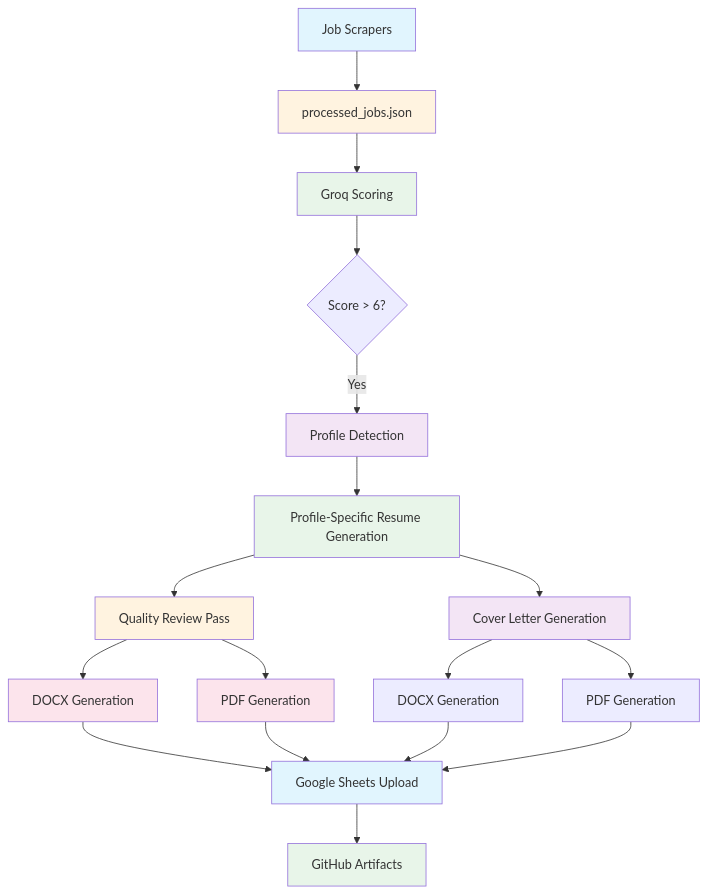
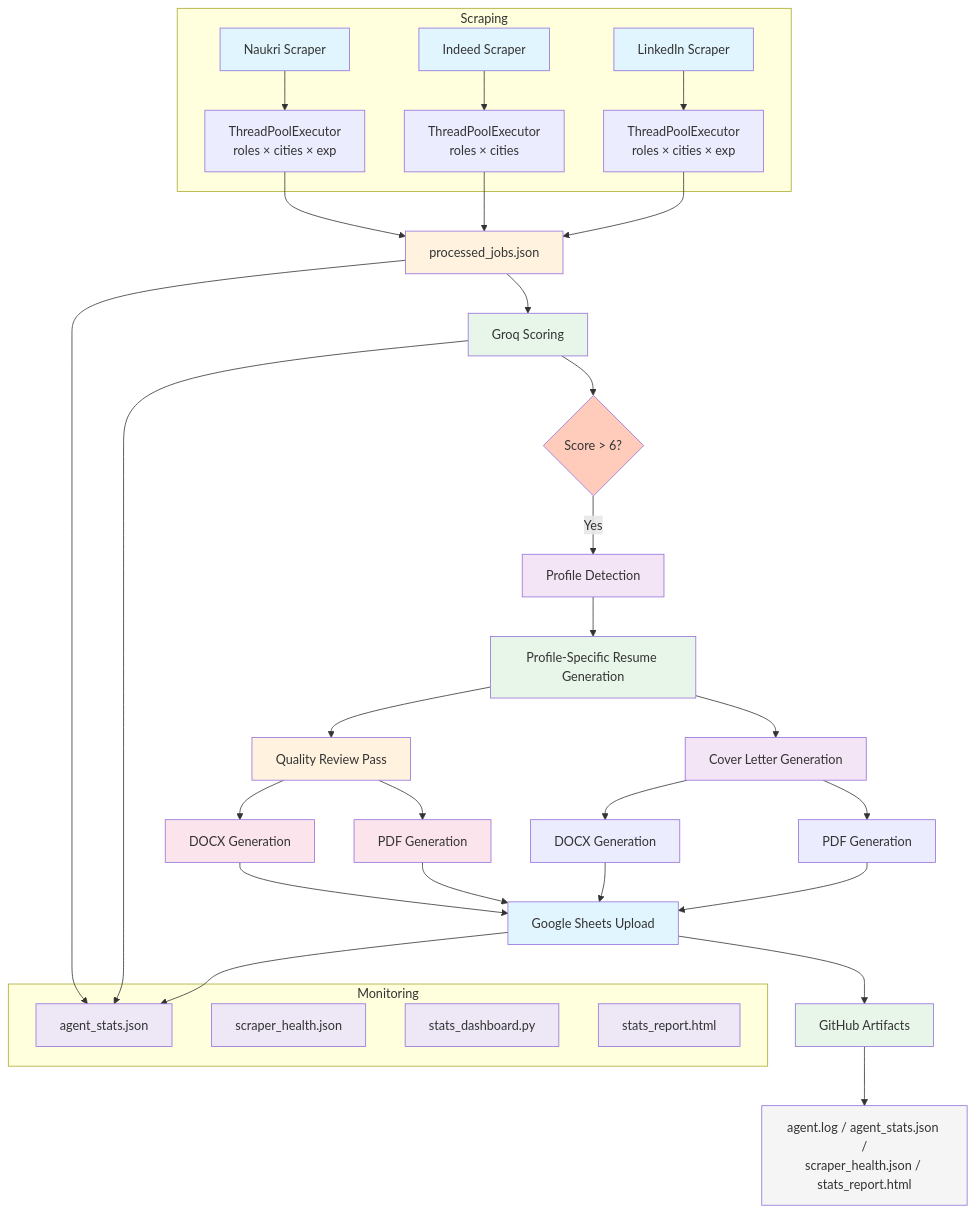
Before and after one commit to heenakausher/AI-Jobs-Agent: the diagram in README.md, drawn with Mermaid. The commit also changed other lines of this file and 9 other files, not shown here.

````diff
--- a/README.md
+++ b/README.md
@@ -29,31 +34,61 @@
 ```mermaid
 flowchart TD
-    A[Job Scrapers] --> B[processed_jobs.json]
-    B --> C[Groq Scoring]
-    C --> D{Score > 6?}
-    D -->|Yes| E[Profile Detection]
-    E --> F[Profile-Specific Resume Generation]
-    F --> G[Quality Review Pass]
-    G --> H[DOCX Generation]
-    G --> I[PDF Generation]
-    F --> J[Cover Letter Generation]
-    J --> K[DOCX Generation]
-    J --> L[PDF Generation]
-    H --> M[Google Sheets Upload]
-    I --> M
-    K --> M
-    L --> M
-    M --> N[GitHub Artifacts]
-    
-    style A fill:#e1f5fe
-    style B fill:#fff3e0
-    style C fill:#e8f5e9
-    style E fill:#f3e5f5
-    style F fill:#e8f5e9
-    style G fill:#fff3e0
-    style H fill:#fce4ec
-    style I fill:#fce4ec
-    style J fill:#f3e5f5
-    style M fill:#e1f5fe
-    style N fill:#e8f5e9
+    subgraph Scraping
+        A1[Naukri Scraper] --> A2[ThreadPoolExecutor<br/>roles × cities × exp]
+        B1[Indeed Scraper] --> B2[ThreadPoolExecutor<br/>roles × cities]
+        C1[LinkedIn Scraper] --> C2[ThreadPoolExecutor<br/>roles × cities × exp]
+    end
+
+    A2 --> D[processed_jobs.json]
+    B2 --> D
+    C2 --> D
+
+    D --> E[Groq Scoring]
+    E --> F{Score > 6?}
+    F -->|Yes| G[Profile Detection]
+    G --> H[Profile-Specific Resume Generation]
+    H --> I[Quality Review Pass]
+    I --> J[DOCX Generation]
+    I --> K[PDF Generation]
+    H --> L[Cover Letter Generation]
+    L --> M[DOCX Generation]
+    L --> N[PDF Generation]
+    J --> O[Google Sheets Upload]
+    K --> O
+    M --> O
+    N --> O
+
+    O --> P[GitHub Artifacts]
+    P --> Q[agent.log / agent_stats.json /<br/>scraper_health.json / stats_report.html]
+
+    subgraph Monitoring
+        R[agent_stats.json]
+        S[scraper_health.json]
+        T[stats_dashboard.py]
+        U[stats_report.html]
+    end
+
+    D --> R
+    E --> R
+    O --> R
+
+    style A1 fill:#e1f5fe
+    style B1 fill:#e1f5fe
+    style C1 fill:#e1f5fe
+    style D fill:#fff3e0
+    style E fill:#e8f5e9
+    style F fill:#ffccbc
+    style G fill:#f3e5f5
+    style H fill:#e8f5e9
+    style I fill:#fff3e0
+    style J fill:#fce4ec
+    style K fill:#fce4ec
+    style L fill:#f3e5f5
+    style O fill:#e1f5fe
+    style P fill:#e8f5e9
+    style Q fill:#f5f5f5
+    style R fill:#ede7f6
+    style S fill:#ede7f6
+    style T fill:#ede7f6
+    style U fill:#ede7f6
 ```
````
